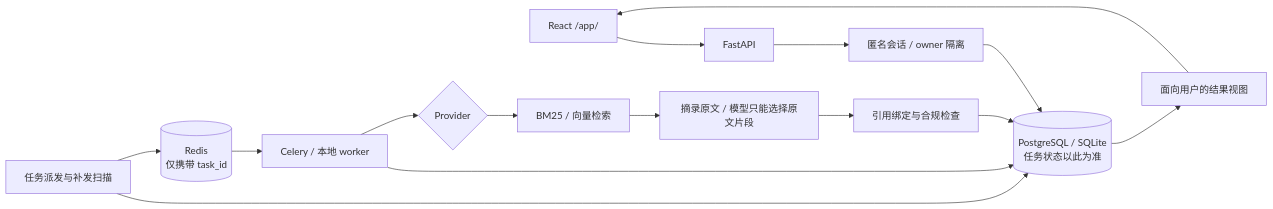
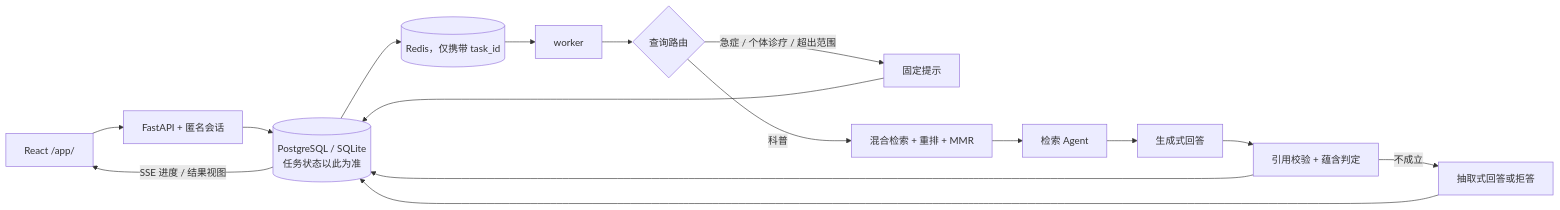
Before and after one commit to control-coder/medcite: the second of 2 diagrams in README.md, drawn with Mermaid. The commit also changed other lines of this file and 1 other file, not shown here.

````diff
--- a/README.md
+++ b/README.md
@@ -52,16 +76,17 @@
 ```mermaid
 flowchart LR
-    UI[React /app/] --> API[FastAPI]
-    API --> ID[匿名会话 / owner 隔离]
-    ID --> DB[(PostgreSQL / SQLite<br/>任务状态以此为准)]
-    S[任务派发与补发扫描] --> DB
-    S --> Q[(Redis<br/>仅携带 task_id)]
-    Q --> W[Celery / 本地 worker]
-    W --> DB
-    W --> P{Provider}
-    P --> R[BM25 / 向量检索]
-    R --> G[摘录原文 / 模型只能选择原文片段]
-    G --> V[引用绑定与合规检查]
+    UI[React /app/] --> API[FastAPI + 匿名会话]
+    API --> DB[(PostgreSQL / SQLite<br/>任务状态以此为准)]
+    DB --> Q[(Redis，仅携带 task_id)] --> W[worker]
+    W --> R{查询路由}
+    R -- 急症 / 个体诊疗 / 超出范围 --> T[固定提示]
+    R -- 科普 --> H[混合检索 + 重排 + MMR]
+    H --> A[检索 Agent]
+    A --> G[生成式回答]
+    G --> V[引用校验 + 蕴含判定]
+    V -- 不成立 --> X[抽取式回答或拒答]
     V --> DB
-    DB --> PRJ[面向用户的结果视图] --> UI
+    T --> DB
+    X --> DB
+    DB -- SSE 进度 / 结果视图 --> UI
 ```
````
